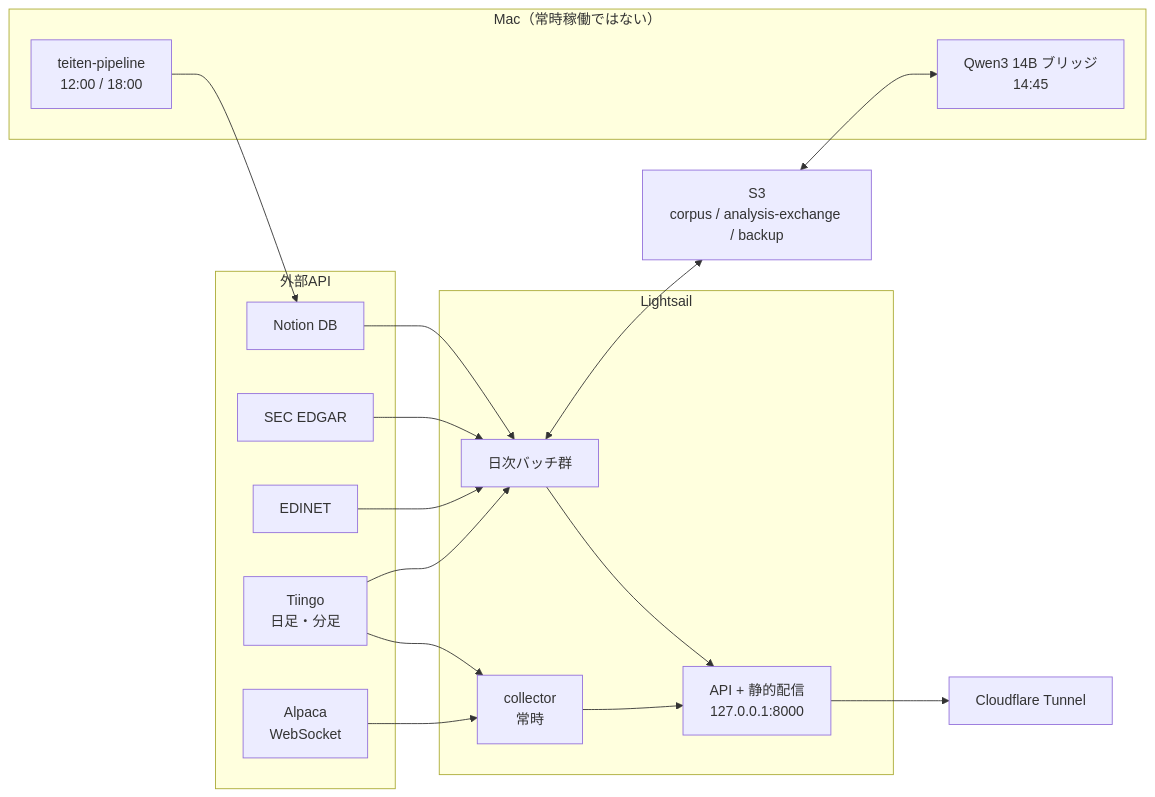
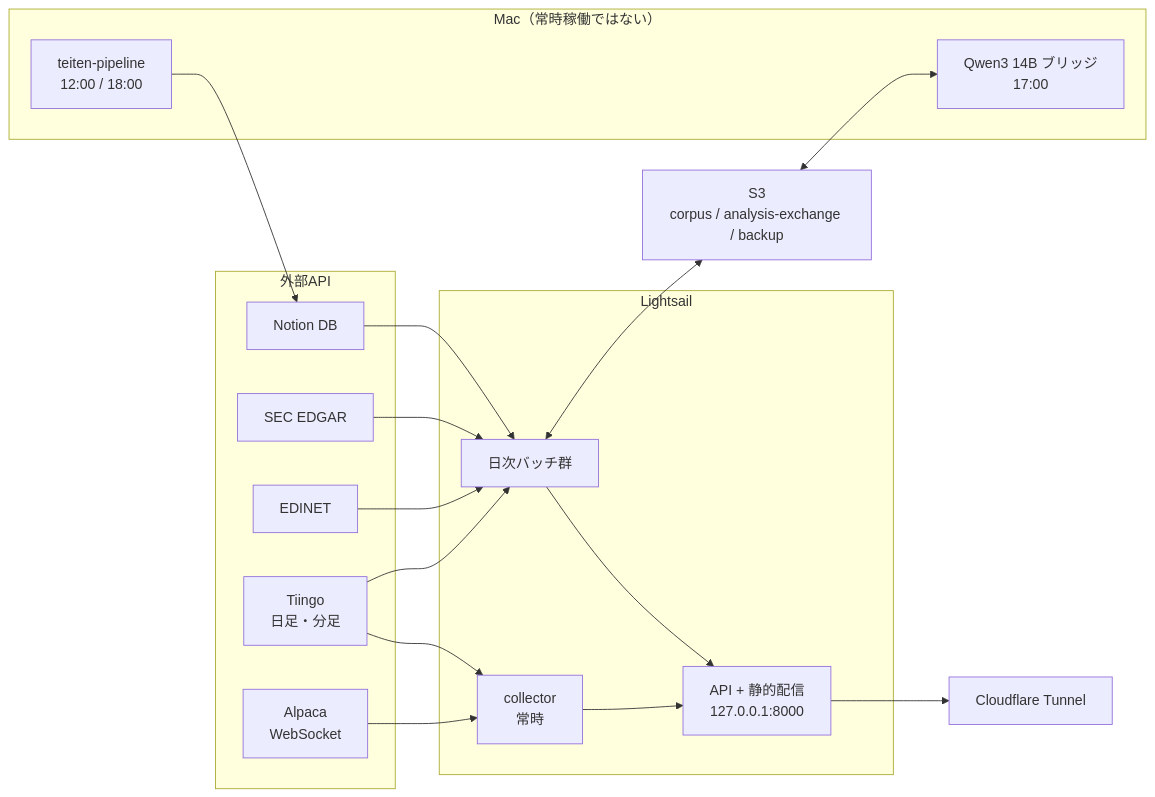
One commit to makechair/spelling-inconsistencies changed the first of 3 diagrams in docs/system-map.md. Above: the diagram before and after it, drawn with Mermaid. The commit also changed other lines of this file and 5 other files, not shown here.

````diff
--- a/docs/system-map.md
+++ b/docs/system-map.md
@@ -28,34 +28,34 @@
 ```mermaid
 flowchart LR
   subgraph MAC["Mac（常時稼働ではない）"]
     TEITEN["teiten-pipeline<br/>12:00 / 18:00"]
-    QWEN["Qwen3 14B ブリッジ<br/>14:45"]
+    QWEN["Qwen3 14B ブリッジ<br/>17:00"]
   end
   subgraph EXT["外部API"]
     TIINGO["Tiingo<br/>日足・分足"]
     ALPACA["Alpaca<br/>WebSocket"]
     NOTION["Notion DB"]
     EDGAR["SEC EDGAR"]
     EDINET["EDINET"]
   end
   subgraph LS["Lightsail"]
     COLLECTOR["collector<br/>常時"]
     BATCH["日次バッチ群"]
     API["API + 静的配信<br/>127.0.0.1:8000"]
   end
   S3["S3<br/>corpus / analysis-exchange / backup"]
   CF["Cloudflare Tunnel"]
 
   TEITEN --> NOTION
   TIINGO --> COLLECTOR
   ALPACA --> COLLECTOR
   NOTION --> BATCH
   EDGAR --> BATCH
   EDINET --> BATCH
   TIINGO --> BATCH
   BATCH <--> S3
   S3 <--> QWEN
   BATCH --> API
   COLLECTOR --> API
   API --> CF
 ```
````
